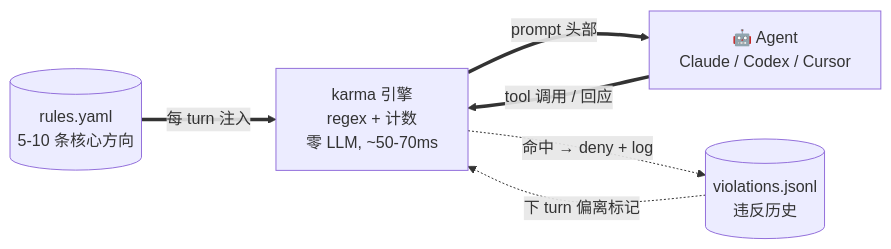
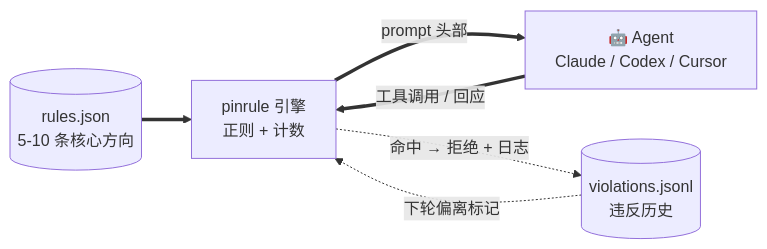
The diagram in README.zh.md (jhaizhou-ops/pinrule), drawn with Mermaid before and after one commit. The commit also changed other lines of this file and 1 other file, not shown here.

````diff
--- a/README.zh.md
+++ b/README.zh.md
@@ -280,13 +64,13 @@
 ```mermaid
 flowchart LR
-    R[(rules.yaml<br/>5-10 条核心方向)]
-    K[karma 引擎<br/>regex + 计数<br/>零 LLM, ~50-70ms]
+    R[(rules.json<br/>5-10 条核心方向)]
+    K[pinrule 引擎<br/>正则 + 计数]
     A[🤖 Agent<br/>Claude / Codex / Cursor]
     V[(violations.jsonl<br/>违反历史)]
 
-    R ==>|每 turn 注入| K
+    R ==> K
     K ==>|prompt 头部| A
-    A ==>|tool 调用 / 回应| K
-    K -.->|命中 → deny + log| V
-    V -.->|下 turn 偏离标记| K
+    A ==>|工具调用 / 回应| K
+    K -.->|命中 → 拒绝 + 日志| V
+    V -.->|下轮偏离标记| K
 ```
````
